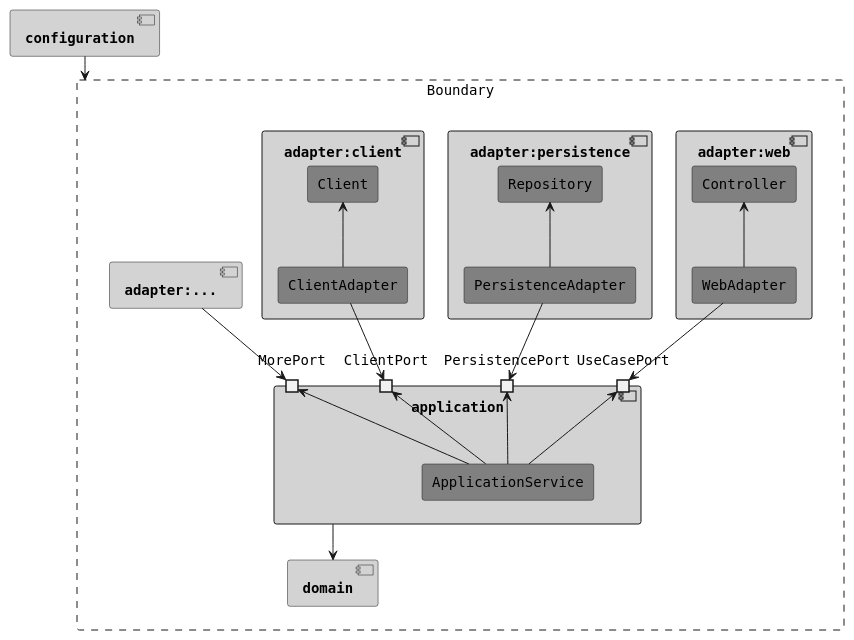
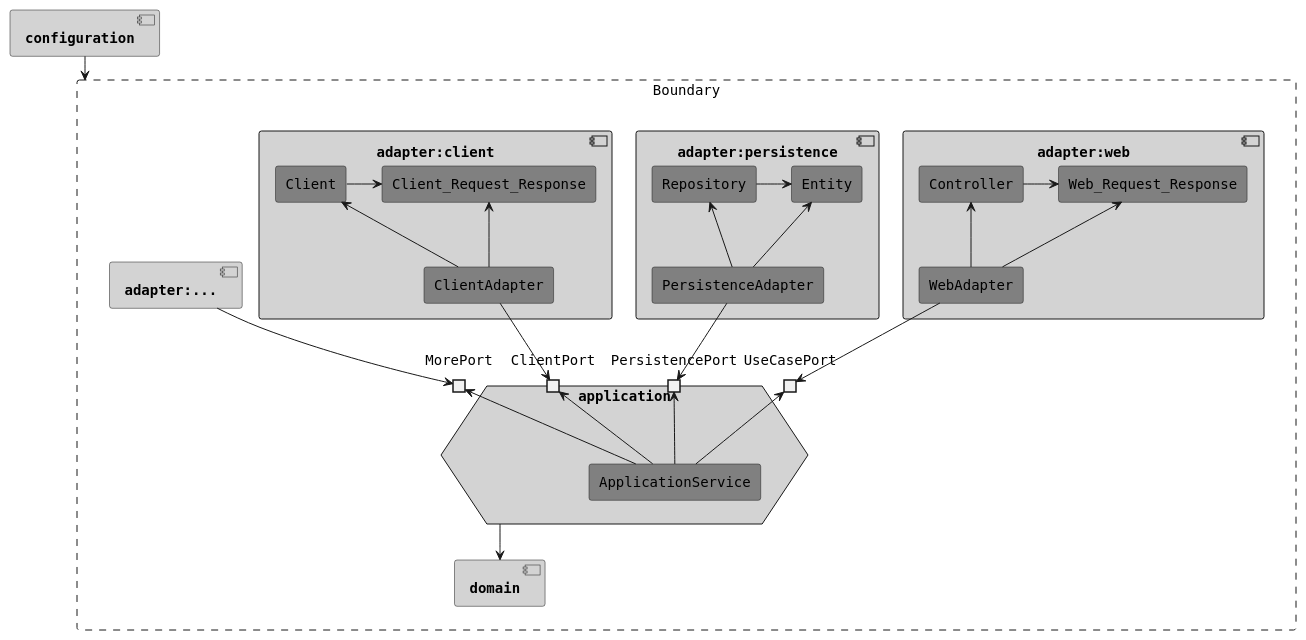
Before and after one commit to macdao/hands-on-clean-architecture-template: the diagram in README.md, drawn with PlantUML. The commit also changed other lines of this file, not shown here.

Commit message:
chore: update architecture diagram

````diff
--- a/README.md
+++ b/README.md
@@ -87,54 +87,64 @@
 ```plantuml
 @startuml
 skinparam defaultFontName Fira Code, Monospaced
 skinparam RectangleBorderStyle<<Boundary>> dashed
 skinparam RectangleBackgroundColor<<Boundary>> White
 skinparam RectangleFontStyle<<Boundary>> normal
 skinparam RectangleBackgroundColor Gray
 skinparam ComponentBackgroundColor LightGray
+skinparam HexagonBackgroundColor LightGray
 skinparam ComponentFontStyle bold
 hide <<Boundary>> stereotype
 
 rectangle Boundary <<Boundary>> {
-  component application {
+  hexagon application {
     port UseCasePort
     port PersistencePort
     port ClientPort
     port MorePort
     rectangle ApplicationService
     UseCasePort <-- ApplicationService
     PersistencePort <-- ApplicationService
     ClientPort <-- ApplicationService
     MorePort <-- ApplicationService
   }
   application --> [domain]
 
   component adapter:web {
     rectangle Controller
+    rectangle Web_Request_Response
+    Controller -> Web_Request_Response
     rectangle WebAdapter
     Controller <-- WebAdapter
+    Web_Request_Response <-- WebAdapter
   }
   WebAdapter --> UseCasePort
 
   component adapter:persistence {
     rectangle Repository
+    rectangle Entity
+    Repository -> Entity
     rectangle PersistenceAdapter
     Repository <-- PersistenceAdapter
+    Entity <-- PersistenceAdapter
   }
   PersistenceAdapter --> PersistencePort
 
   component adapter:client {
     rectangle Client
+    rectangle Client_Request_Response
+    Client -> Client_Request_Response
     rectangle ClientAdapter
     Client <-- ClientAdapter
+    Client_Request_Response <-- ClientAdapter
   }
-  ClientAdapter --> ClientPort
+  ClientAdapter --> ClientPort 
 
   [adapter:...] --> MorePort
 }
 
 
 [configuration] --> Boundary
 
 @enduml
 ```
````
